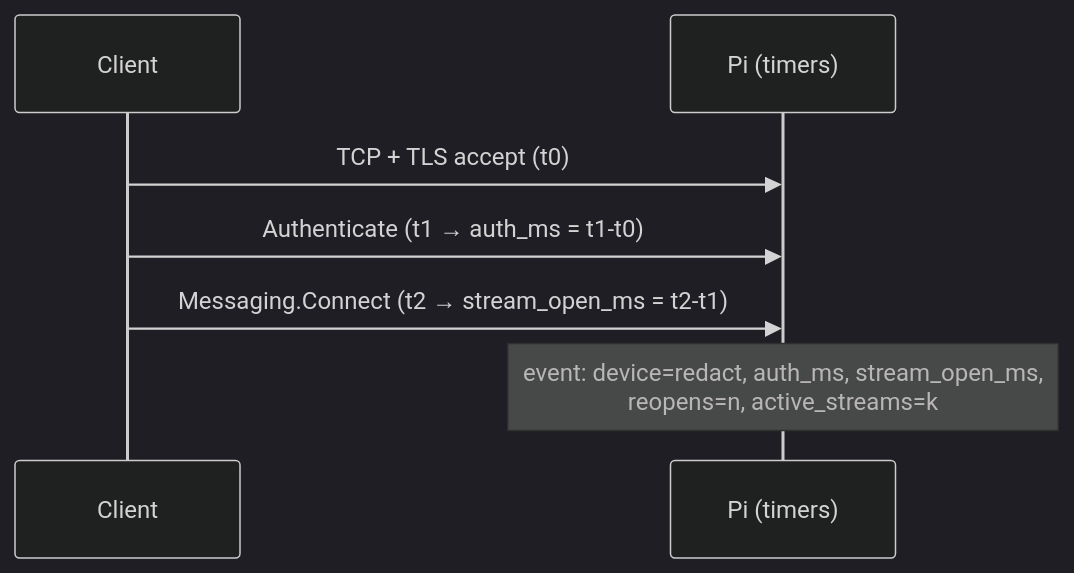
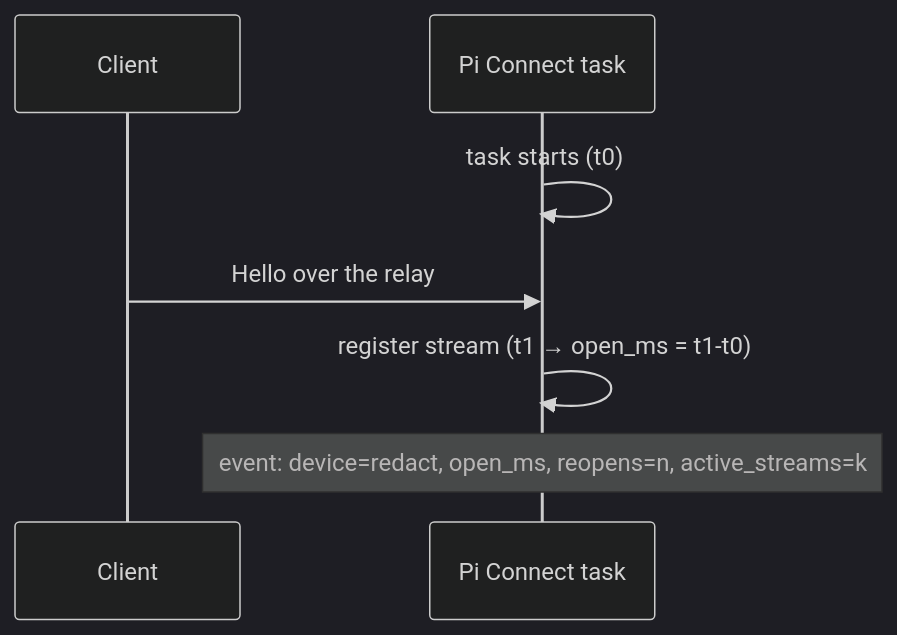
Before and after one commit to koppathachan/vyajena: the diagram in openspec/changes/relay-privacy-logging/design.md, drawn with Mermaid (dark theme). The commit also changed other lines of this file and 6 other files, not shown here.

````diff
--- a/openspec/changes/relay-privacy-logging/design.md
+++ b/openspec/changes/relay-privacy-logging/design.md
@@ -56,9 +67,9 @@
 ```mermaid
 sequenceDiagram
   participant C as Client
-  participant Pi as Pi (timers)
-  C->>Pi: TCP + TLS accept  (t0)
-  C->>Pi: Authenticate      (t1 → auth_ms = t1-t0)
-  C->>Pi: Messaging.Connect (t2 → stream_open_ms = t2-t1)
-  Note over Pi: event: device=redact, auth_ms, stream_open_ms,<br/>reopens=n, active_streams=k
+  participant Pi as Pi Connect task
+  Pi->>Pi: task starts (t0)
+  C->>Pi: Hello over the relay
+  Pi->>Pi: register stream (t1 → open_ms = t1-t0)
+  Note over Pi: event: device=redact, open_ms, reopens=n, active_streams=k
 ```
````
